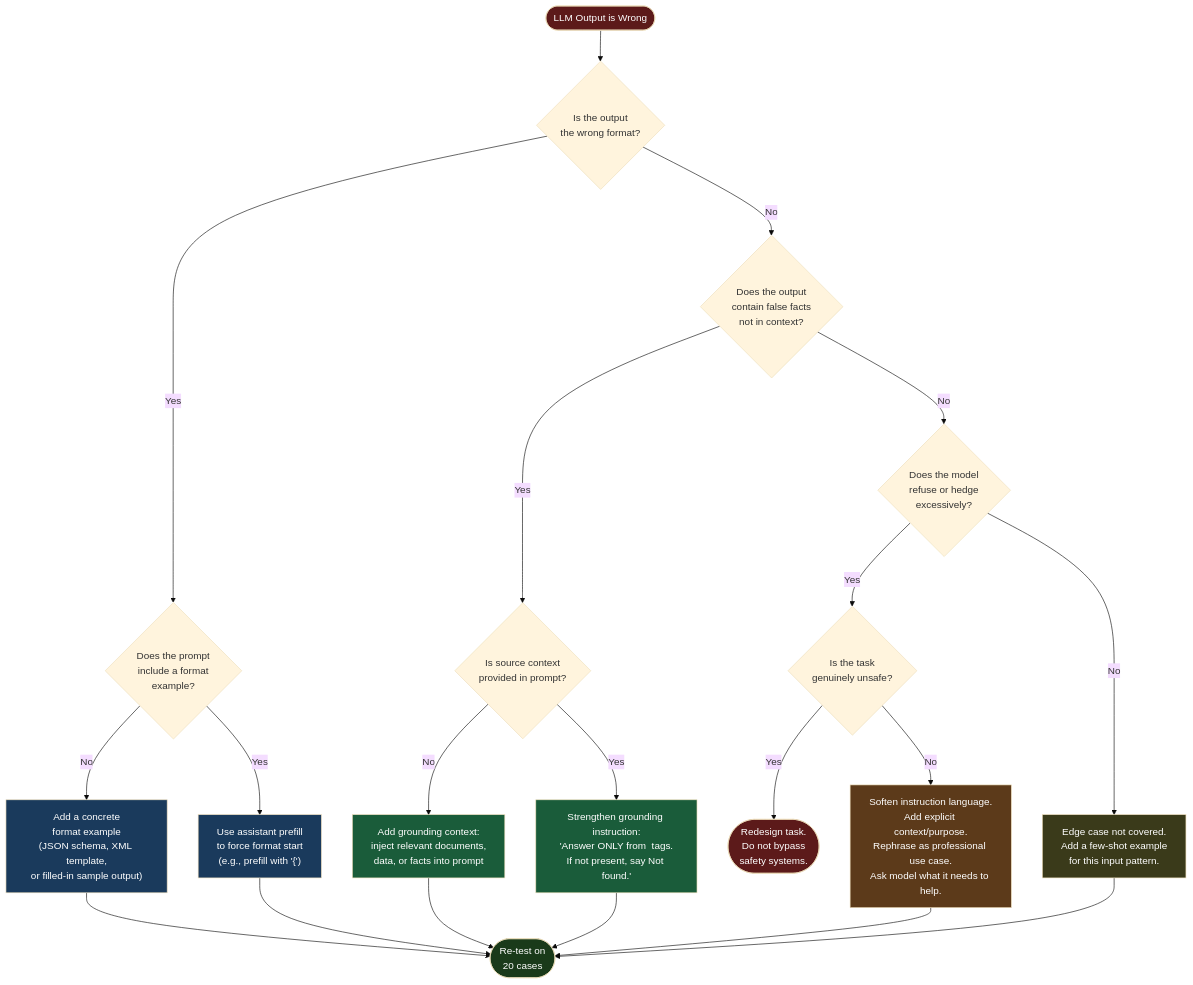
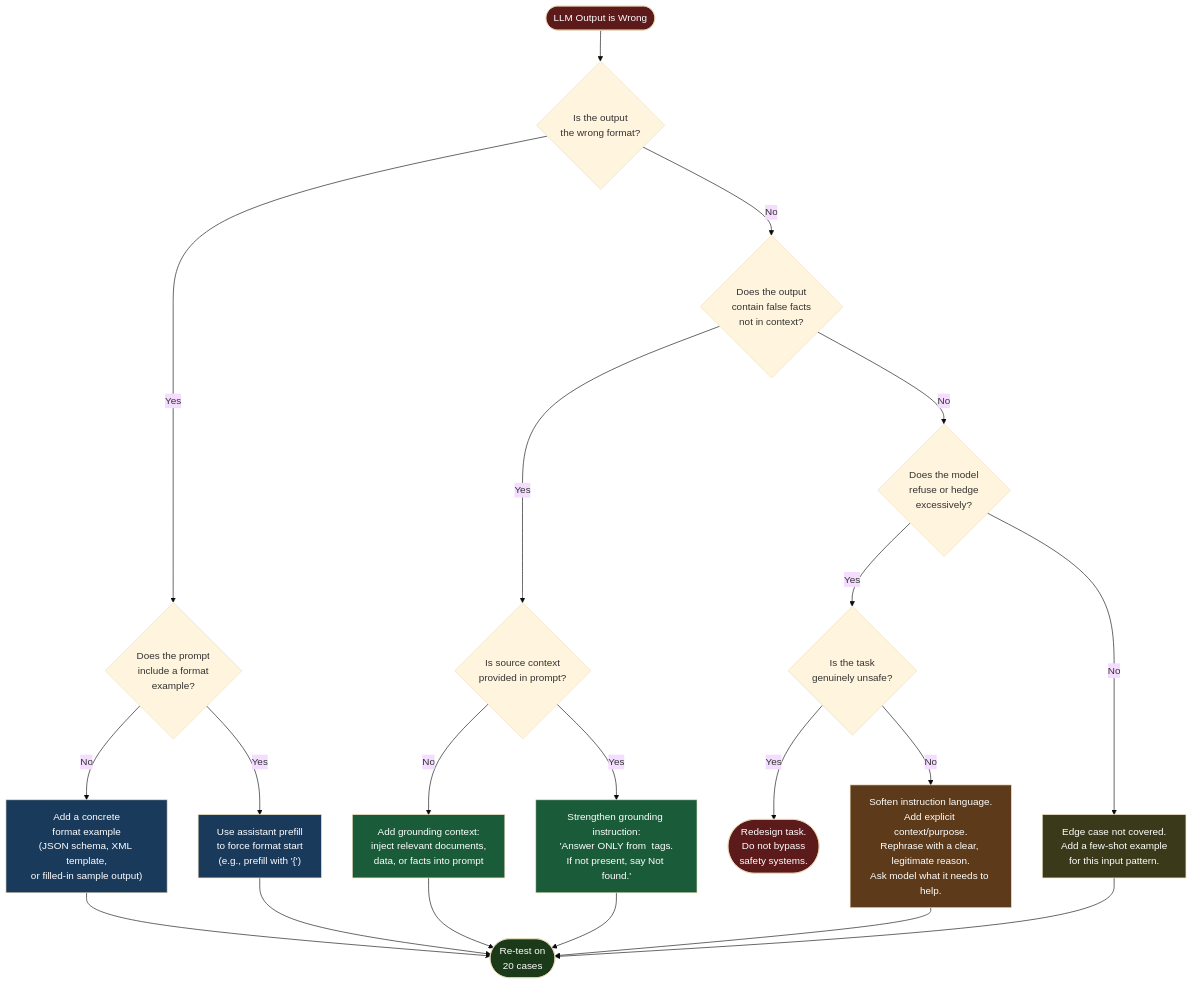
Before and after one commit to DevBuildStudio/mastering-ai-course: the second of 2 diagrams in course1/week2-prompt-engineering.md, drawn with Mermaid (base theme). The commit also changed other lines of this file and 4 other files, not shown here.

````diff
--- a/course1/week2-prompt-engineering.md
+++ b/course1/week2-prompt-engineering.md
@@ -364,37 +425,37 @@
 ```mermaid
 flowchart TD
     Start(["LLM Output is Wrong"]) --> Q1{"Is the output\nthe wrong format?"}
 
     Q1 -->|Yes| Q2{"Does the prompt\ninclude a format\nexample?"}
     Q2 -->|No| Fix1["Add a concrete\nformat example\n(JSON schema, XML template,\nor filled-in sample output)"]
     Q2 -->|Yes| Fix2["Use assistant prefill\nto force format start\n(e.g., prefill with '{')"]
 
     Q1 -->|No| Q3{"Does the output\ncontain false facts\nnot in context?"}
     Q3 -->|Yes| Q4{"Is source context\nprovided in prompt?"}
     Q4 -->|No| Fix3["Add grounding context:\ninject relevant documents,\ndata, or facts into prompt"]
     Q4 -->|Yes| Fix4["Strengthen grounding instruction:\n'Answer ONLY from <document> tags.\nIf not present, say Not found.'"]
 
     Q3 -->|No| Q5{"Does the model\nrefuse or hedge\nexcessively?"}
     Q5 -->|Yes| Q6{"Is the task\ngenuinely unsafe?"}
     Q6 -->|Yes| Stop(["Redesign task.\nDo not bypass\nsafety systems."])
-    Q6 -->|No| Fix5["Soften instruction language.\nAdd explicit context/purpose.\nRephrase as professional use case.\nAsk model what it needs to help."]
+    Q6 -->|No| Fix5["Soften instruction language.\nAdd explicit context/purpose.\nRephrase with a clear, legitimate reason.\nAsk model what it needs to help."]
 
     Q5 -->|No| Fix6["Edge case not covered.\nAdd a few-shot example\nfor this input pattern."]
 
     Fix1 --> Retest(["Re-test on\n20 cases"])
     Fix2 --> Retest
     Fix3 --> Retest
     Fix4 --> Retest
     Fix5 --> Retest
     Fix6 --> Retest
 
     style Start fill:#5c1a1a,color:#ffffff
     style Stop fill:#5c1a1a,color:#ffffff
     style Retest fill:#1a3a1a,color:#ffffff
     style Fix1 fill:#1a3a5c,color:#ffffff
     style Fix2 fill:#1a3a5c,color:#ffffff
     style Fix3 fill:#1a5c3a,color:#ffffff
     style Fix4 fill:#1a5c3a,color:#ffffff
     style Fix5 fill:#5c3a1a,color:#ffffff
     style Fix6 fill:#3a3a1a,color:#ffffff
 ```
````
